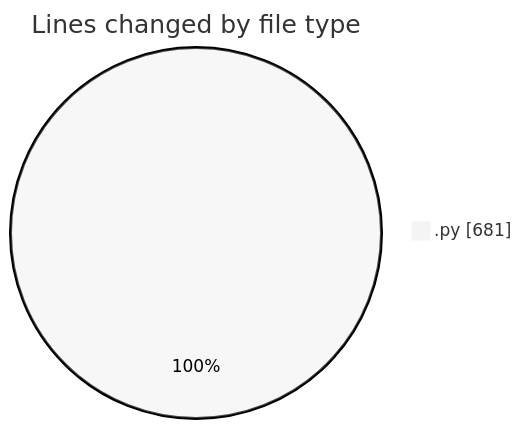
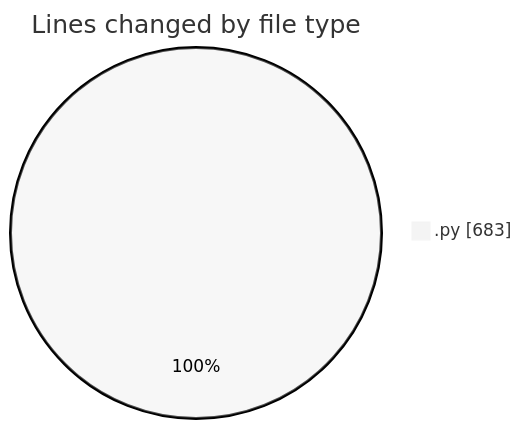
The first of 2 diagrams in 2025-03-25/samplepdf/README.md (momahboobian/code-tracking), drawn with Mermaid (neutral theme) before and after one commit. The commit also changed other lines of this file and 1 other file, not shown here.

````diff
--- a/2025-03-25/samplepdf/README.md
+++ b/2025-03-25/samplepdf/README.md
@@ -24,5 +24,5 @@
 ```mermaid
 pie showData
 title Lines changed by file type
-".py" : 681
+".py" : 683
 ```
````
